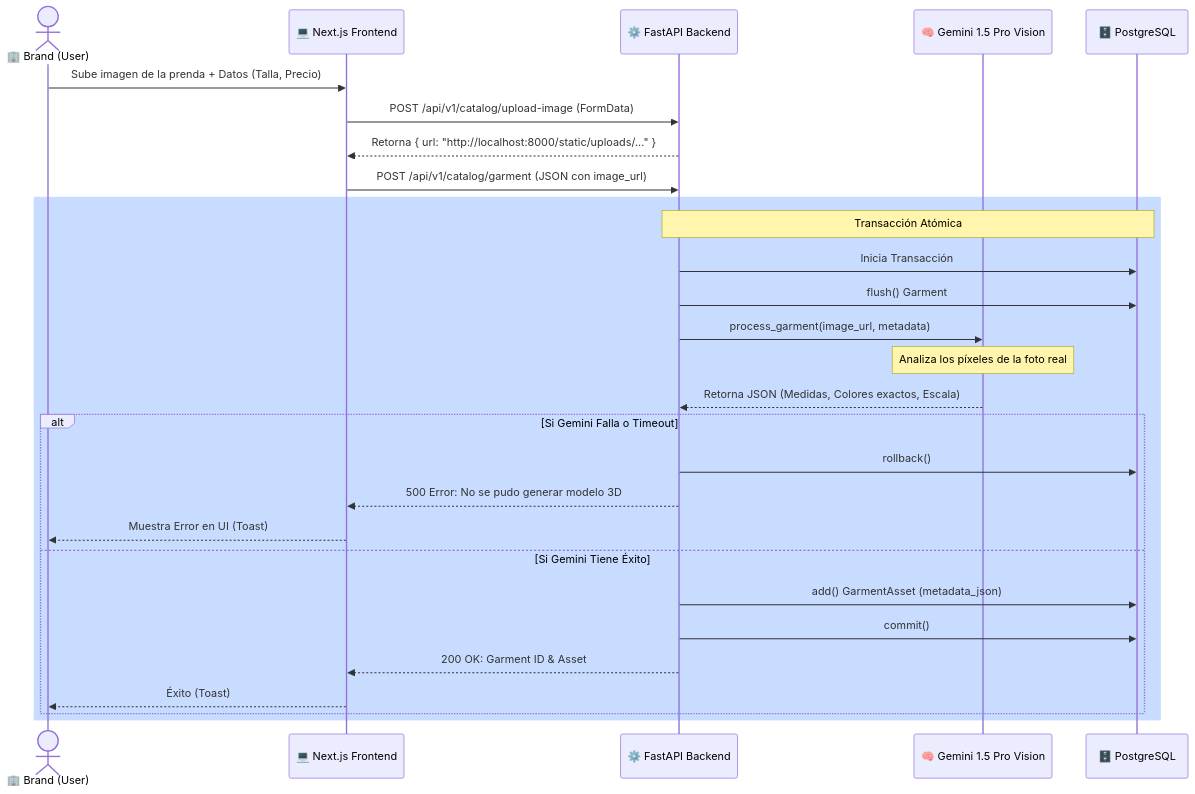
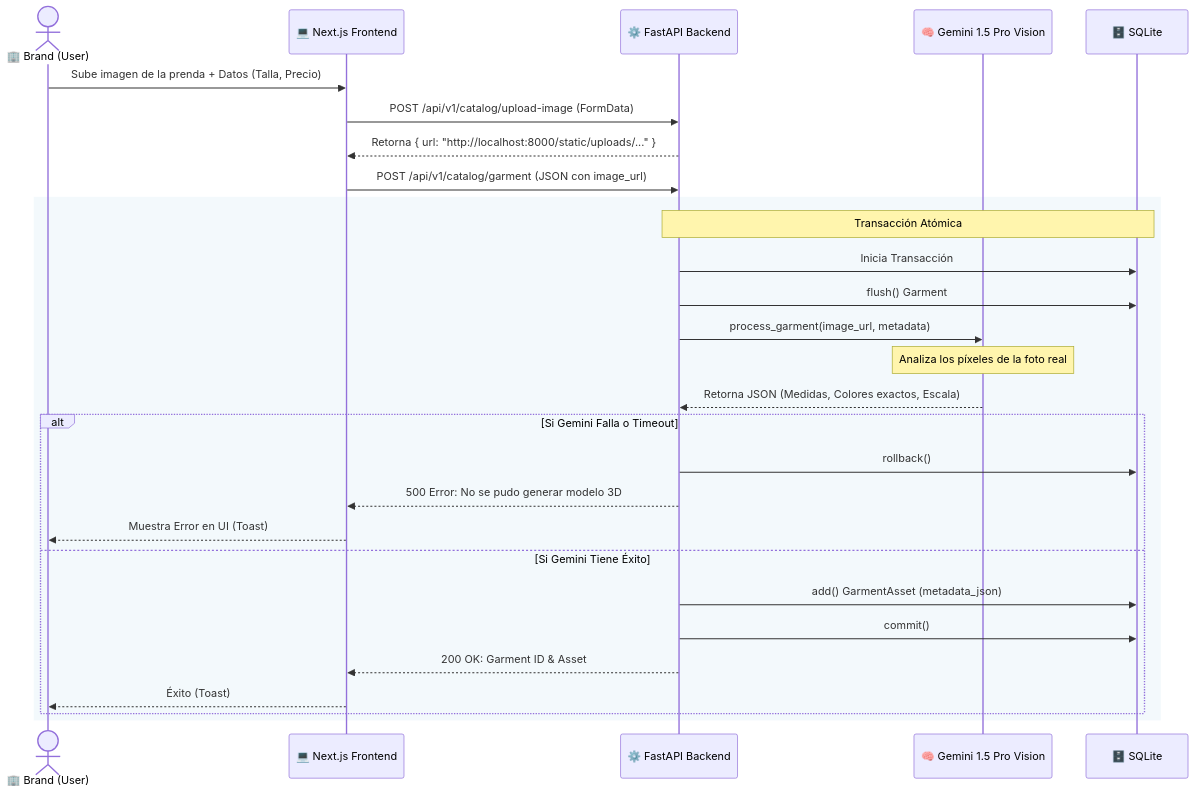
One commit to tominadal/TryOn_progra2 changed the first of 2 diagrams in docs/diagrama_secuencia.md. Above: the diagram before and after it, drawn with Mermaid. The commit also changed other lines of this file and 3 other files, not shown here.

````diff
--- a/docs/diagrama_secuencia.md
+++ b/docs/diagrama_secuencia.md
@@ -9,35 +9,35 @@
 ```mermaid
 sequenceDiagram
     actor Brand as 🏢 Brand (User)
     participant NextJS as 💻 Next.js Frontend
     participant FastApi as ⚙️ FastAPI Backend
     participant Gemini as 🧠 Gemini 1.5 Pro Vision
-    participant DB as 🗄️ PostgreSQL
+    participant DB as 🗄️ SQLite
 
     Brand->>NextJS: Sube imagen de la prenda + Datos (Talla, Precio)
     NextJS->>FastApi: POST /api/v1/catalog/upload-image (FormData)
     FastApi-->>NextJS: Retorna { url: "http://localhost:8000/static/uploads/..." }
     
     NextJS->>FastApi: POST /api/v1/catalog/garment (JSON con image_url)
     
-    rect rgb(200, 220, 255)
+    rect rgba(173, 216, 230, 0.15)
         Note over FastApi,DB: Transacción Atómica
         FastApi->>DB: Inicia Transacción
         FastApi->>DB: flush() Garment
         
         FastApi->>Gemini: process_garment(image_url, metadata)
         Note over Gemini: Analiza los píxeles de la foto real
         Gemini-->>FastApi: Retorna JSON (Medidas, Colores exactos, Escala)
         
         alt Si Gemini Falla o Timeout
             FastApi->>DB: rollback()
             FastApi-->>NextJS: 500 Error: No se pudo generar modelo 3D
             NextJS-->>Brand: Muestra Error en UI (Toast)
         else Si Gemini Tiene Éxito
             FastApi->>DB: add() GarmentAsset (metadata_json)
             FastApi->>DB: commit()
             FastApi-->>NextJS: 200 OK: Garment ID & Asset
             NextJS-->>Brand: Éxito (Toast)
         end
     end
 ```
````
